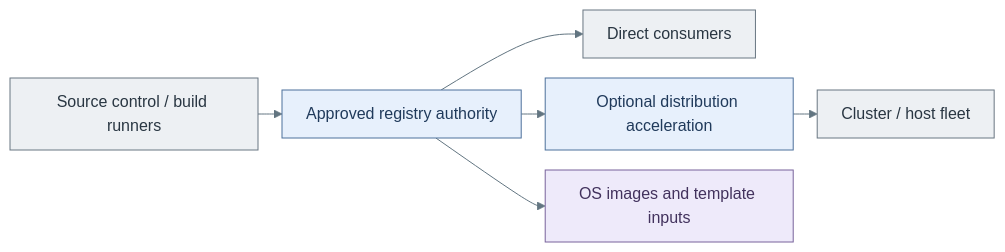
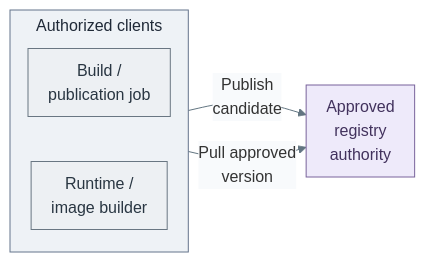
One commit to Rexus/homelab changed the diagram in docs/01-architecture/10-delivery/01-artifact-supply.md. Above: the diagram before and after it, drawn with Mermaid. The commit also changed other lines of this file and 279 other files, not shown here.

````diff
--- a/docs/01-architecture/10-delivery/01-artifact-supply.md
+++ b/docs/01-architecture/10-delivery/01-artifact-supply.md
@@ -15,16 +15,20 @@
 ```mermaid
-%%{init: {"theme":"base","flowchart":{"nodeSpacing":20,"rankSpacing":24,"padding":12,"subGraphTitleMargin":{"top":4,"bottom":12}},"themeVariables":{"lineColor":"#627581","edgeLabelBackground":"#f8fafc"}}}%%
+%%{init: {"theme":"base","flowchart":{"nodeSpacing":16,"rankSpacing":20,"padding":10,"subGraphTitleMargin":{"top":4,"bottom":12}},"themeVariables":{"lineColor":"#627581","edgeLabelBackground":"#f8fafc"}}}%%
 flowchart LR
-  Source["Source control / build runners"] --> Registry["Approved registry authority"]
-  Registry --> Direct["Direct consumers"]
-  Registry --> Distribution["Optional distribution acceleration"]
-  Distribution --> Fleet["Cluster / host fleet"]
-  Registry --> Images["OS images and template inputs"]
+  subgraph Clients["Authorized clients"]
+    direction TB
+    Source["Build /<br/>publication job"]
+    Direct["Runtime /<br/>image builder"]
+    Source ~~~ Direct
+  end
+  Registry["Approved<br/>registry<br/>authority"]
+  Clients -->|Publish<br/>candidate| Registry
+  Clients -->|Pull approved<br/>version| Registry
   classDef default fill:#f8fafc,stroke:#64748b,color:#1f2937
-  classDef services fill:#e7f0fc,stroke:#4d719b,color:#203a5b
+  classDef boundary fill:#eef2f6,stroke:#64748b,color:#1f2937
   classDef data fill:#eeeafa,stroke:#78639b,color:#42325d
   classDef actor fill:#edf0f3,stroke:#697682,color:#293642
-  class Registry,Distribution services
-  class Images data
-  class Source,Direct,Fleet actor
+  class Clients boundary
+  class Registry data
+  class Source,Direct actor
 ```
````
